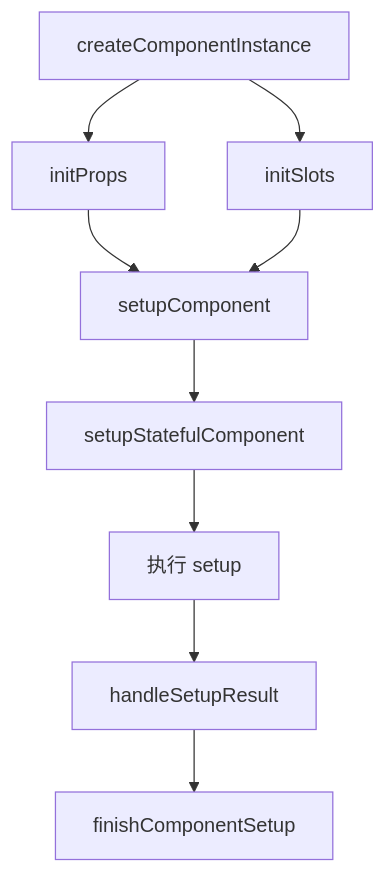
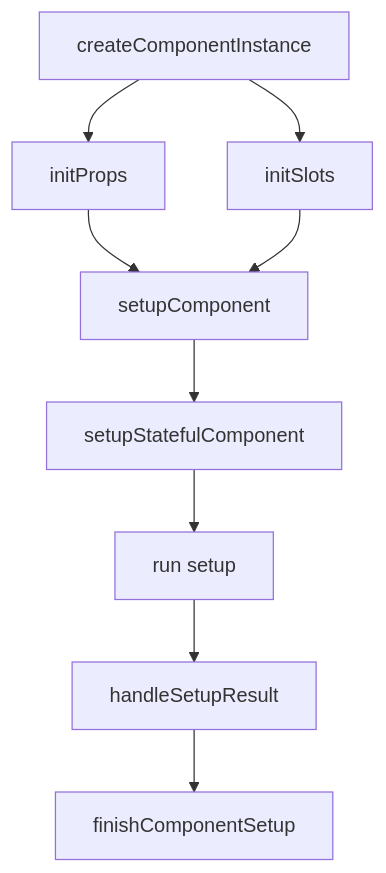
One commit to Tajigaqzh/front_basic changed the diagram in docs/vue/source/runtime-core/component-ts-explained.md. Above: the diagram before and after it, drawn with Mermaid. The commit also changed 11 other files, not shown here.

````diff
--- a/docs/vue/source/runtime-core/component-ts-explained.md
+++ b/docs/vue/source/runtime-core/component-ts-explained.md
@@ -9,11 +9,11 @@
 ```mermaid
 flowchart TD
-    A[createComponentInstance] --> B[initProps]
-    A --> C[initSlots]
-    B --> D[setupComponent]
+    A["createComponentInstance"] --> B["initProps"]
+    A --> C["initSlots"]
+    B --> D["setupComponent"]
     C --> D
-    D --> E[setupStatefulComponent]
-    E --> F[执行 setup]
-    F --> G[handleSetupResult]
-    G --> H[finishComponentSetup]
+    D --> E["setupStatefulComponent"]
+    E --> F["run setup"]
+    F --> G["handleSetupResult"]
+    G --> H["finishComponentSetup"]
 ```
````
